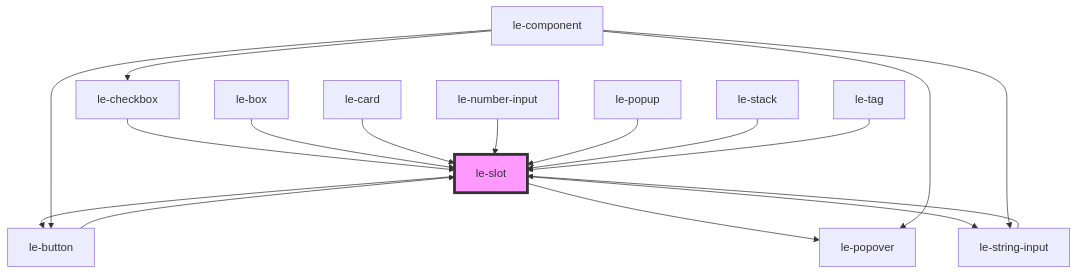
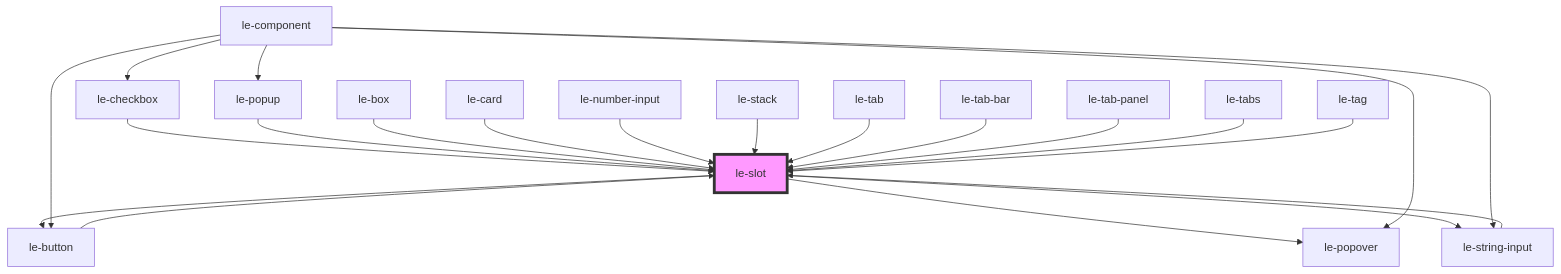
One commit to leechy/le-kit changed the diagram in src/components/le-slot/readme.md. Above: the diagram before and after it, drawn with Mermaid. The commit also changed other lines of this file and 29 other files, not shown here.

````diff
--- a/src/components/le-slot/readme.md
+++ b/src/components/le-slot/readme.md
@@ -68,20 +72,25 @@
 ```mermaid
 graph TD;
   le-slot --> le-popover
   le-slot --> le-button
   le-slot --> le-string-input
   le-button --> le-slot
   le-component --> le-button
   le-component --> le-checkbox
   le-component --> le-string-input
   le-component --> le-popover
+  le-component --> le-popup
   le-checkbox --> le-slot
   le-string-input --> le-slot
+  le-popup --> le-slot
   le-box --> le-slot
   le-card --> le-slot
   le-number-input --> le-slot
-  le-popup --> le-slot
   le-stack --> le-slot
+  le-tab --> le-slot
+  le-tab-bar --> le-slot
+  le-tab-panel --> le-slot
+  le-tabs --> le-slot
   le-tag --> le-slot
   style le-slot fill:#f9f,stroke:#333,stroke-width:4px
 ```
````
